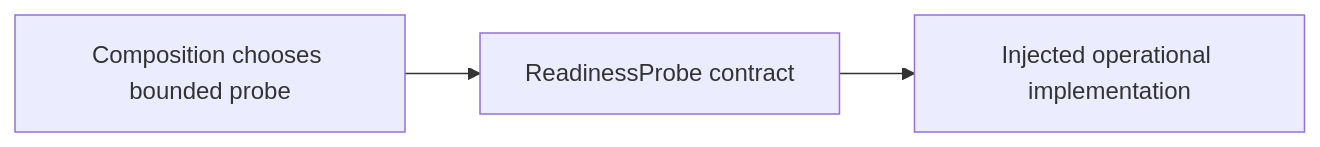
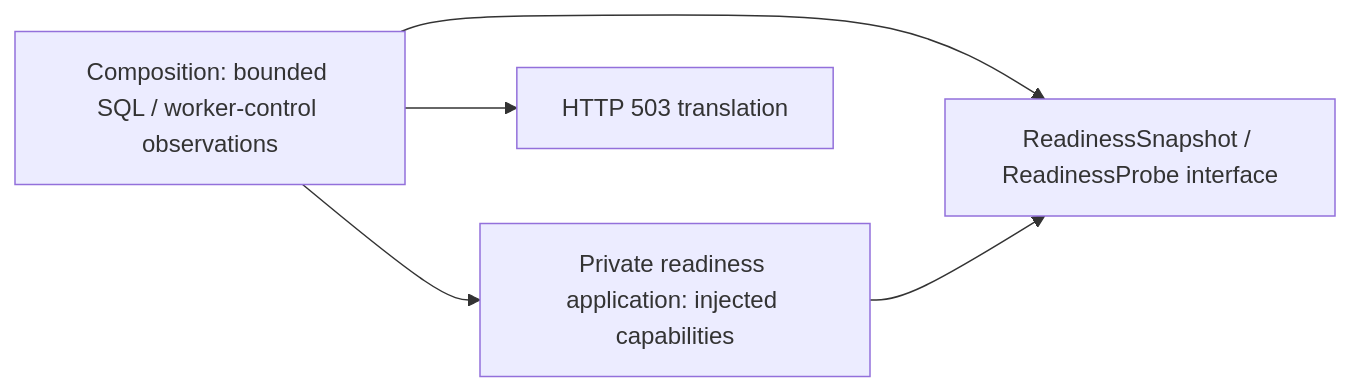
The diagram in backend/app/operations/interfaces/README.md (aaweaver-actuary/tempo), drawn with Mermaid before and after one commit. The commit also changed other lines of this file and 8 other files, not shown here.

Commit message:
Isolate readiness decisions from SQL and Celery composition

````diff
--- a/backend/app/operations/interfaces/README.md
+++ b/backend/app/operations/interfaces/README.md
@@ -12,5 +10,7 @@
 ```mermaid
 flowchart LR
-  Root["Composition chooses bounded probe"] --> Contract["ReadinessProbe contract"]
-  Contract --> Supplied["Injected operational implementation"]
+  Root["Composition: bounded SQL / worker-control observations"] --> Facts["ReadinessSnapshot / ReadinessProbe interface"]
+  Root --> Check["Private readiness application: injected capabilities"]
+  Check --> Facts
+  Root --> HTTP["HTTP 503 translation"]
 ```
````
